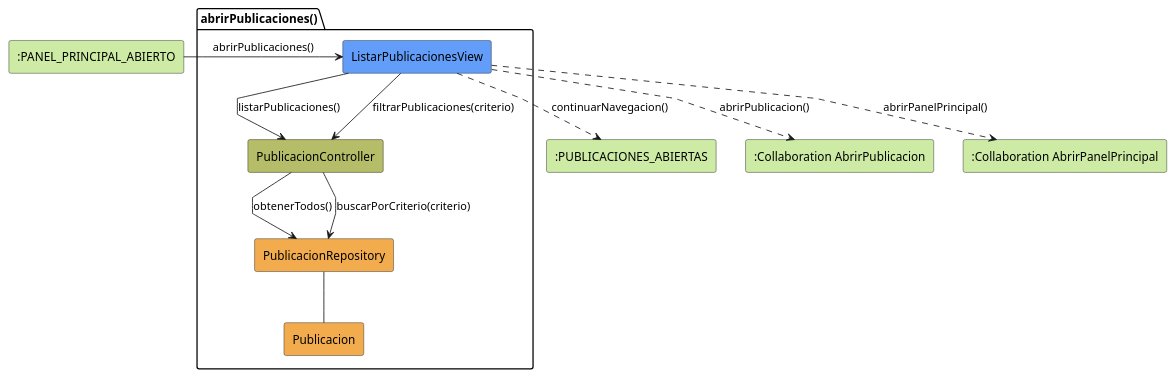
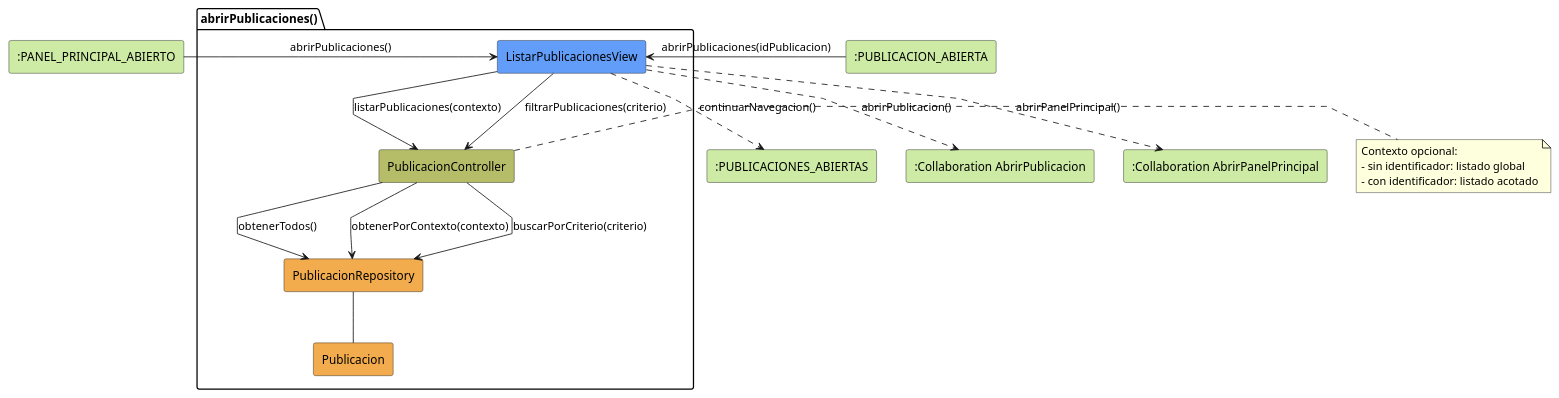
Before and after one commit to beatriizorozco/25-26-idsw2-sdVC: the diagram in RUP/01-analisis/casos-uso/coordinador/abrirPublicaciones/colaboracion.puml, drawn with PlantUML. The commit also changed 53 other files, not shown here.

Commit message:
feat: actualizo algunos diagramas de colaboración con la recomendación del profesor

```diff
--- a/RUP/01-analisis/casos-uso/coordinador/abrirPublicaciones/colaboracion.puml
+++ b/RUP/01-analisis/casos-uso/coordinador/abrirPublicaciones/colaboracion.puml
@@ -1,27 +1,35 @@
 @startuml abrirPublicaciones-analisis
 skinparam linetype polyline
 
-rectangle #CDEBA5 ":PANEL_PRINCIPAL_ABIERTO" as EstadoEntrada
+rectangle #CDEBA5 ":PANEL_PRINCIPAL_ABIERTO" as EstadoEntrada1
+rectangle #CDEBA5 ":PUBLICACION_ABIERTA" as EstadoEntrada2
 package abrirPublicaciones as "abrirPublicaciones()" {
     rectangle #629EF9 ListarPublicacionesView
     rectangle #b5bd68 PublicacionController
     rectangle #F2AC4E PublicacionRepository
     rectangle #F2AC4E Publicacion
 }
 
 rectangle #CDEBA5 ":PUBLICACIONES_ABIERTAS" as EstadoSalida
 rectangle #CDEBA5 ":Collaboration AbrirPublicacion" as AbrirPublicacion
 rectangle #CDEBA5 ":Collaboration AbrirPanelPrincipal" as AbrirPanelPrincipal
 
-EstadoEntrada -r-> ListarPublicacionesView: abrirPublicaciones()
+EstadoEntrada1 -r-> ListarPublicacionesView: abrirPublicaciones()
+EstadoEntrada2 -r-> ListarPublicacionesView: abrirPublicaciones(idPublicacion)
 
-ListarPublicacionesView -d-> PublicacionController: listarPublicaciones()
+ListarPublicacionesView -d-> PublicacionController: listarPublicaciones(contexto)
 ListarPublicacionesView --> PublicacionController: filtrarPublicaciones(criterio)
 PublicacionController --> PublicacionRepository: obtenerTodos()
+PublicacionController --> PublicacionRepository: obtenerPorContexto(contexto)
 PublicacionController --> PublicacionRepository: buscarPorCriterio(criterio)
 PublicacionRepository -- Publicacion
+note right of PublicacionController
+Contexto opcional:
+- sin identificador: listado global
+- con identificador: listado acotado
+end note
 ListarPublicacionesView ..> EstadoSalida: continuarNavegacion()
 ListarPublicacionesView ..> AbrirPublicacion: abrirPublicacion()
 ListarPublicacionesView ..> AbrirPanelPrincipal: abrirPanelPrincipal()
 
 @enduml
```
